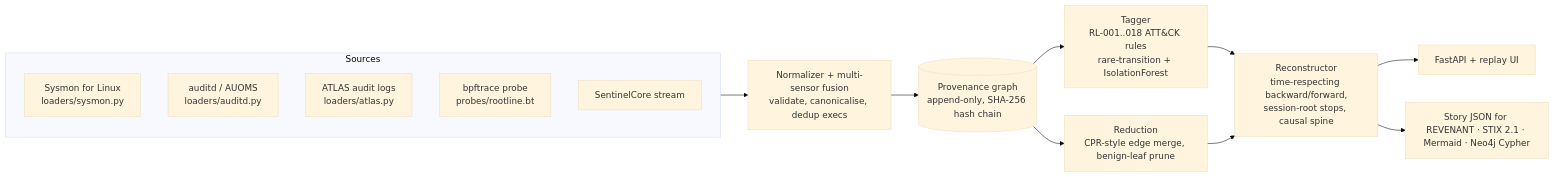
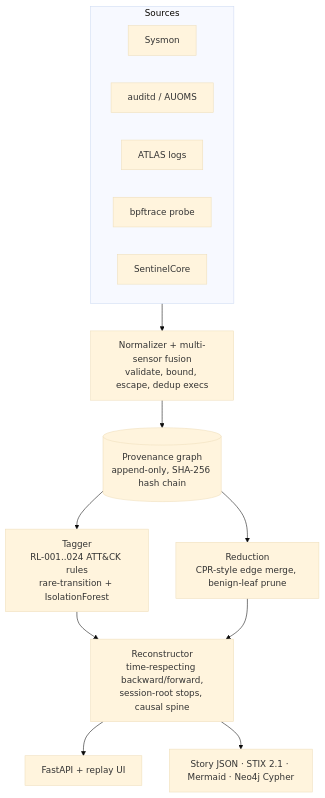
One commit to rakshit-737/rootline changed the diagram in README.md. Above: the diagram before and after it, drawn with Mermaid (base theme). The commit also changed other lines of this file and 1 other file, not shown here.

````diff
--- a/README.md
+++ b/README.md
@@ -35,18 +57,19 @@
 ```mermaid
-flowchart LR
+flowchart TB
   subgraph SRC["Sources"]
-    S1["Sysmon for Linux<br/>loaders/sysmon.py"]
-    S2["auditd / AUOMS<br/>loaders/auditd.py"]
-    S3["ATLAS audit logs<br/>loaders/atlas.py"]
-    S4["bpftrace probe<br/>probes/rootline.bt"]
-    S5["SentinelCore stream"]
+    direction LR
+    S1["Sysmon"]
+    S2["auditd / AUOMS"]
+    S3["ATLAS logs"]
+    S4["bpftrace probe"]
+    S5["SentinelCore"]
   end
-  SRC --> NORM["Normalizer + multi-sensor fusion<br/>validate, canonicalise, dedup execs"]
+  SRC --> NORM["Normalizer + multi-sensor fusion<br/>validate, bound, escape, dedup execs"]
   NORM --> PG[("Provenance graph<br/>append-only, SHA-256 hash chain")]
-  PG --> DET["Tagger<br/>RL-001..018 ATT&CK rules<br/>rare-transition + IsolationForest"]
+  PG --> DET["Tagger<br/>RL-001..024 ATT&CK rules<br/>rare-transition + IsolationForest"]
   PG --> RED["Reduction<br/>CPR-style edge merge, benign-leaf prune"]
   DET --> REC
   RED --> REC["Reconstructor<br/>time-respecting backward/forward,<br/>session-root stops, causal spine"]
   REC --> API["FastAPI + replay UI"]
-  REC --> EXP["Story JSON for REVENANT · STIX 2.1 · Mermaid · Neo4j Cypher"]
+  REC --> EXP["Story JSON · STIX 2.1 · Mermaid · Neo4j Cypher"]
 ```
````
